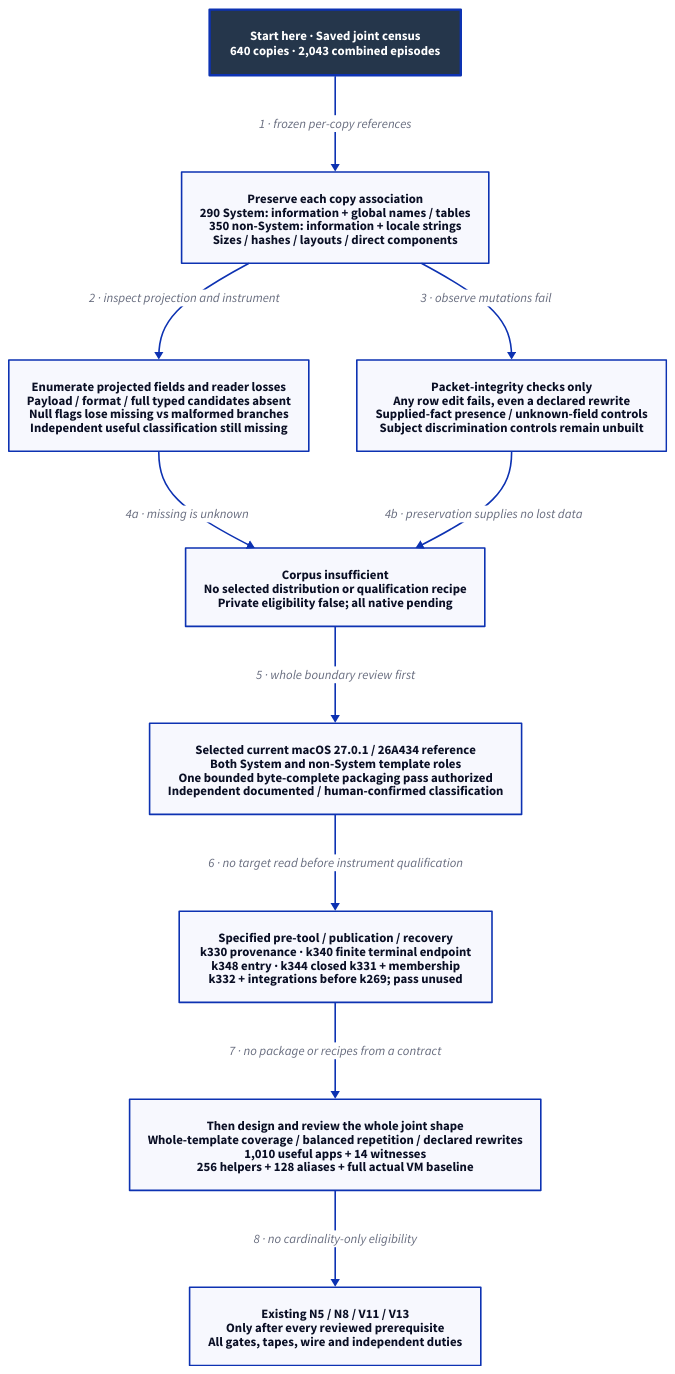
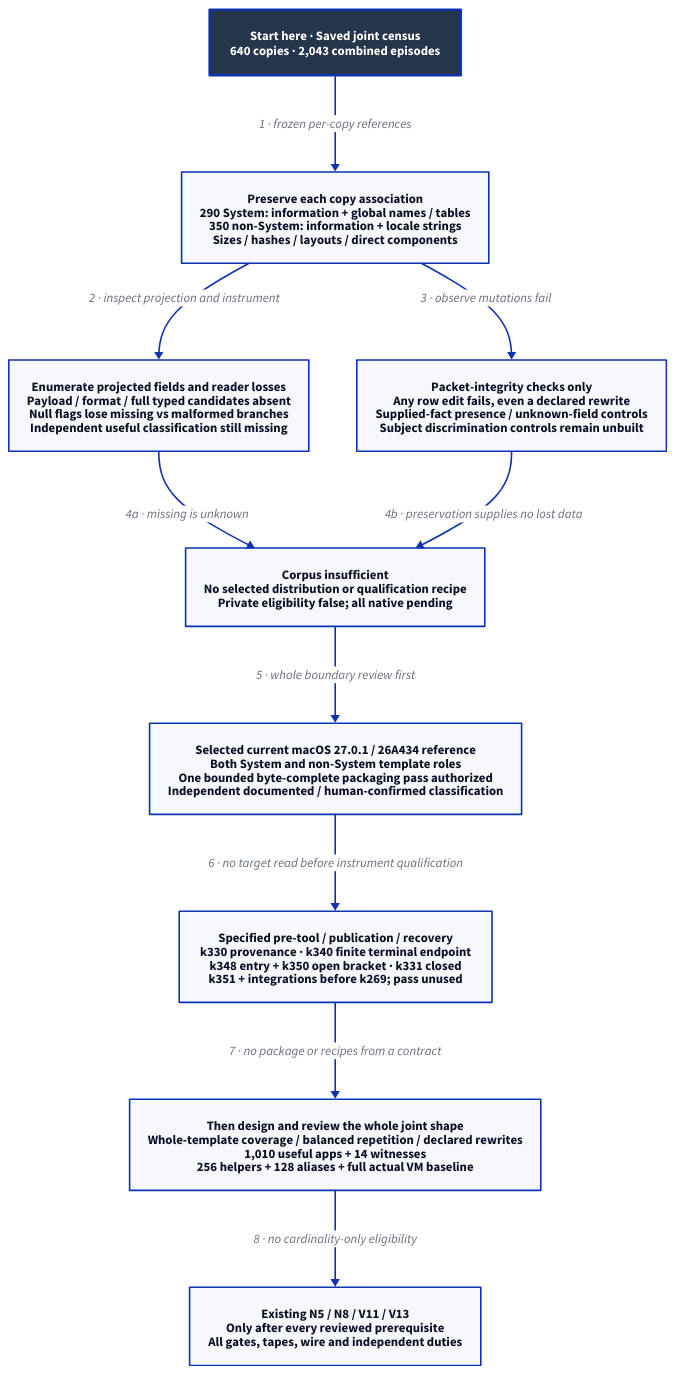
Before and after one commit to Linkuistics/Koine: the diagram in docs/design/architecture/native-population-metadata-shape.d2, drawn with D2. The commit also changed 30 other files, not shown here.

First line of the commit message:
Specify selection within an open inter-checkpoint bracket (reference-evidence-open-bracket-selection-k350)

```diff
--- a/docs/design/architecture/native-population-metadata-shape.d2
+++ b/docs/design/architecture/native-population-metadata-shape.d2
@@ -1,23 +1,23 @@
-# K344 closed k331 with new whole membership; k332 review and integrations precede use.
+# K350 open-bracket selection and membership; k351 review and integrations precede use.
 direction: down
 classes: {
   start: {style: {fill: "#25364B"; font-color: "#FFFFFF"; bold: true; stroke-width: 3}}
 }
 Start: "Start here · Saved joint census\n640 copies · 2,043 combined episodes" {class: start}
 Known: "Preserve each copy association\n290 System: information + global names / tables\n350 non-System: information + locale strings\nSizes / hashes / layouts / direct components"
 Missing: "Enumerate projected fields and reader losses\nPayload / format / full typed candidates absent\nNull flags lose missing vs malformed branches\nIndependent useful classification still missing"
 Control: "Packet-integrity checks only\nAny row edit fails, even a declared rewrite\nSupplied-fact presence / unknown-field controls\nSubject discrimination controls remain unbuilt"
 Boundary: "Corpus insufficient\nNo selected distribution or qualification recipe\nPrivate eligibility false; all native pending"
 Decision: "Selected current macOS 27.0.1 / 26A434 reference\nBoth System and non-System template roles\nOne bounded byte-complete packaging pass authorized\nIndependent documented / human-confirmed classification"
-Contract: "Specified pre-tool / publication / recovery\nk330 provenance · k340 finite terminal endpoint\nk348 entry · k344 closed k331 + membership\nk332 + integrations before k269; pass unused"
+Contract: "Specified pre-tool / publication / recovery\nk330 provenance · k340 finite terminal endpoint\nk348 entry + k350 open bracket · k331 closed\nk351 + integrations before k269; pass unused"
 Design: "Then design and review the whole joint shape\nWhole-template coverage / balanced repetition / declared rewrites\n1,010 useful apps + 14 witnesses\n256 helpers + 128 aliases + full actual VM baseline"
 Native: "Existing N5 / N8 / V11 / V13\nOnly after every reviewed prerequisite\nAll gates, tapes, wire and independent duties"
 Start -> Known: "1 · frozen per-copy references"
 Known -> Missing: "2 · inspect projection and instrument"
 Known -> Control: "3 · observe mutations fail"
 Missing -> Boundary: "4a · missing is unknown"
 Control -> Boundary: "4b · preservation supplies no lost data"
 Boundary -> Decision: "5 · whole boundary review first"
 Decision -> Contract: "6 · no target read before instrument qualification"
 Contract -> Design: "7 · no package or recipes from a contract"
 Design -> Native: "8 · no cardinality-only eligibility"
```
